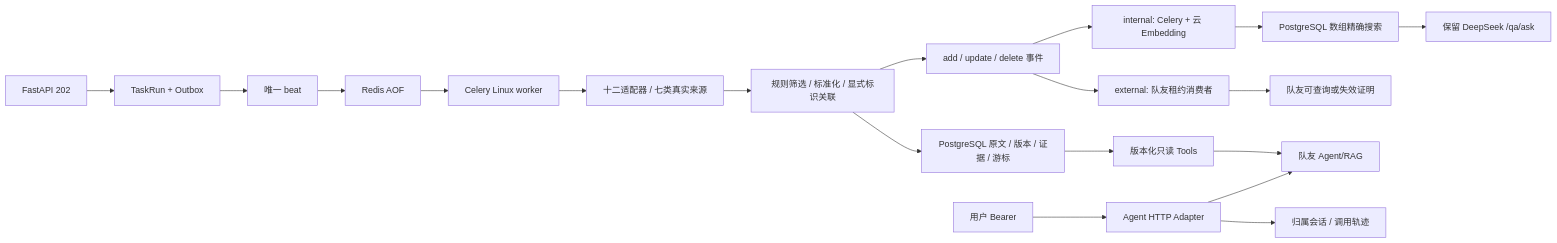
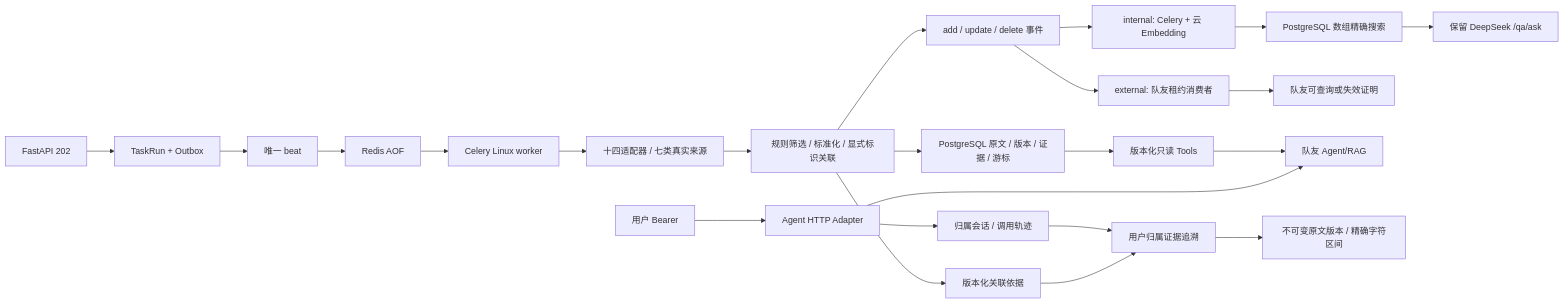
One commit to suyue2028-pixel/ICT changed the diagram in backend/docs/ARCHITECTURE.md. Above: the diagram before and after it, drawn with Mermaid. The commit also changed other lines of this file and 57 other files, not shown here.

````diff
--- a/backend/docs/ARCHITECTURE.md
+++ b/backend/docs/ARCHITECTURE.md
@@ -3,21 +3,25 @@
 ```mermaid
 flowchart LR
     API[FastAPI 202] --> TX[TaskRun + Outbox]
     TX --> Beat[唯一 beat]
     Beat --> Redis[Redis AOF]
     Redis --> Worker[Celery Linux worker]
-    Worker --> Sources[十二适配器 / 七类真实来源]
+    Worker --> Sources[十四适配器 / 七类真实来源]
     Sources --> Pipeline[规则筛选 / 标准化 / 显式标识关联]
     Pipeline --> PG[PostgreSQL 原文 / 版本 / 证据 / 游标]
     Pipeline --> Events[add / update / delete 事件]
     PG --> Tools[版本化只读 Tools]
     Events --> Internal[internal: Celery + 云 Embedding]
     Events --> External[external: 队友租约消费者]
     Internal --> Vectors[PostgreSQL 数组精确搜索]
     External --> Proof[队友可查询或失效证明]
     User[用户 Bearer] --> Gateway[Agent HTTP Adapter]
     Tools --> Agent[队友 Agent/RAG]
     Gateway --> Agent
     Gateway --> History[归属会话 / 调用轨迹]
+    History --> Trace[用户归属证据追溯]
+    Trace --> Original[不可变原文版本 / 精确字符区间]
+    Pipeline --> Association[版本化关联依据]
+    Association --> Trace
     Vectors --> Legacy[保留 DeepSeek /qa/ask]
 ```
````
